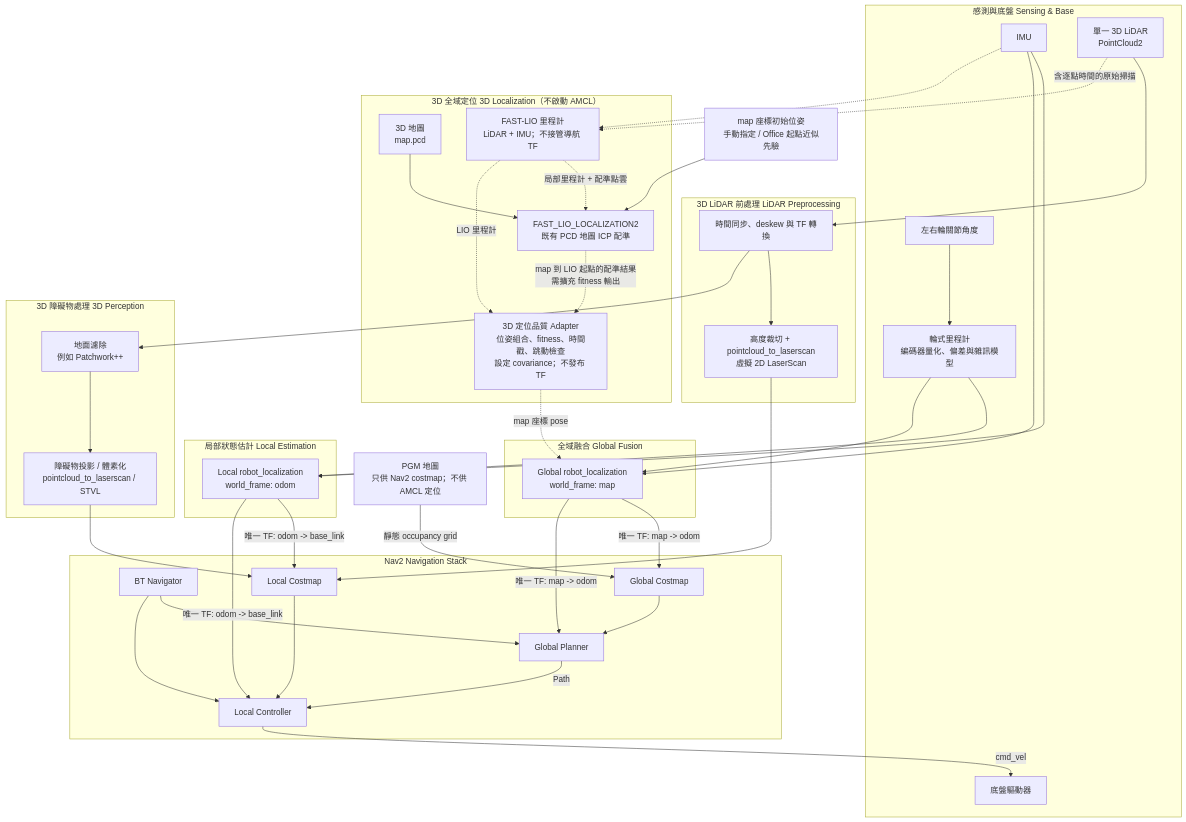
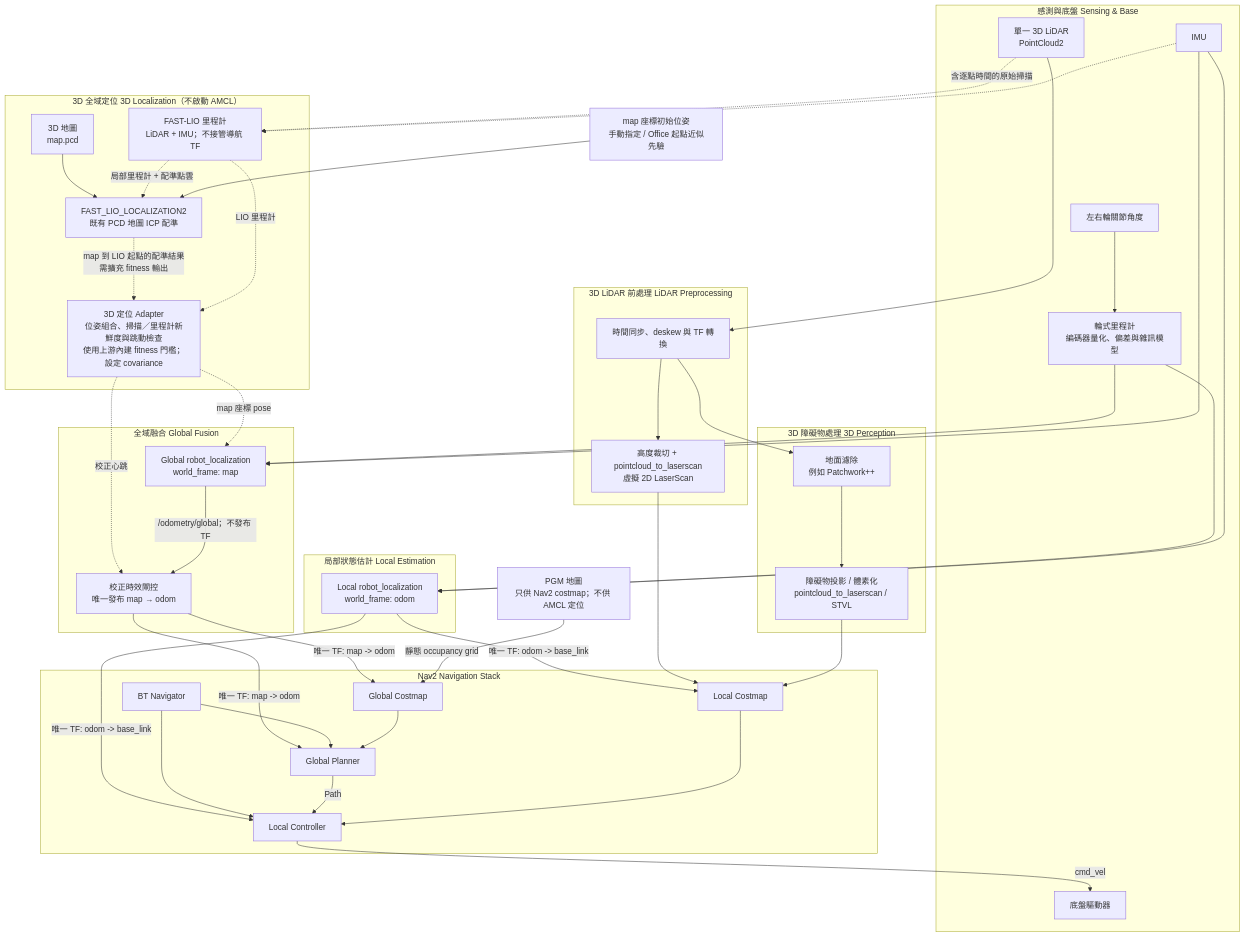
The second of 2 diagrams in docs/3d_localization.md (piggaycheng/isaacsim_fast-lio2-slam), drawn with Mermaid before and after one commit. The commit also changed other lines of this file and 11 other files, not shown here.

```diff
--- a/docs/3d_localization.md
+++ b/docs/3d_localization.md
@@ -76,7 +76,7 @@
         PCD["3D 地圖<br/>map.pcd"]
         FastLIO["FAST-LIO 里程計<br/>LiDAR + IMU；不接管導航 TF"]
         FastLIOLocalization["FAST_LIO_LOCALIZATION2<br/>既有 PCD 地圖 ICP 配準"]
-        FastLIOAdapter["3D 定位品質 Adapter<br/>位姿組合、fitness、時間戳、跳動檢查<br/>設定 covariance；不發布 TF"]
+        FastLIOAdapter["3D 定位 Adapter<br/>位姿組合、掃描／里程計新鮮度與跳動檢查<br/>使用上游內建 fitness 門檻；設定 covariance"]
     end
 
     %% -------------------- 2D 導航地圖 --------------------
@@ -85,6 +85,7 @@
     %% -------------------- 全域融合 --------------------
     subgraph GlobalFusion ["全域融合 Global Fusion"]
         GlobalEKF["Global robot_localization<br/>world_frame: map"]
+        TFGate["校正時效閘控<br/>唯一發布 map → odom"]
     end
 
     %% -------------------- 3D 障礙物處理 --------------------
@@ -122,9 +123,11 @@
     FastLIO -.->|"LIO 里程計"| FastLIOAdapter
     FastLIOAdapter -.->|"map 座標 pose"| GlobalEKF
 
-    %% Global EKF 是 map -> odom 的唯一發布者
-    GlobalEKF -->|"唯一 TF: map -> odom"| GlobalCostmap
-    GlobalEKF -->|"唯一 TF: map -> odom"| GlobalPlanner
+    %% Global EKF 不直接發布 TF；閘控節點阻止過期校正時的 TF 更新
+    FastLIOAdapter -.->|"校正心跳"| TFGate
+    GlobalEKF -->|"/odometry/global；不發布 TF"| TFGate
+    TFGate -->|"唯一 TF: map -> odom"| GlobalCostmap
+    TFGate -->|"唯一 TF: map -> odom"| GlobalPlanner
 
     %% Nav2 地圖與即時障礙物
     PGM -->|"靜態 occupancy grid"| GlobalCostmap
```
